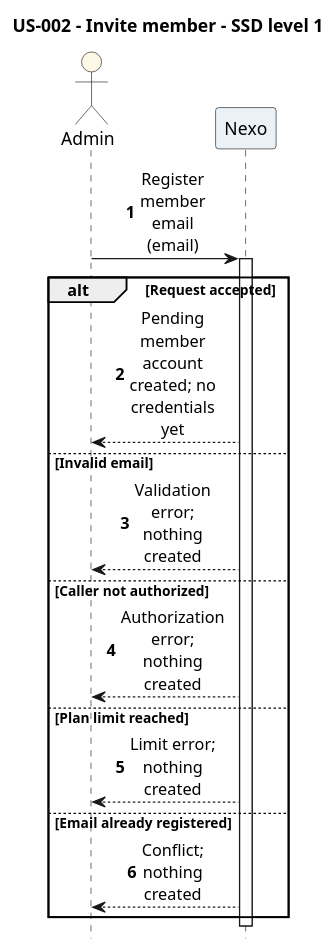
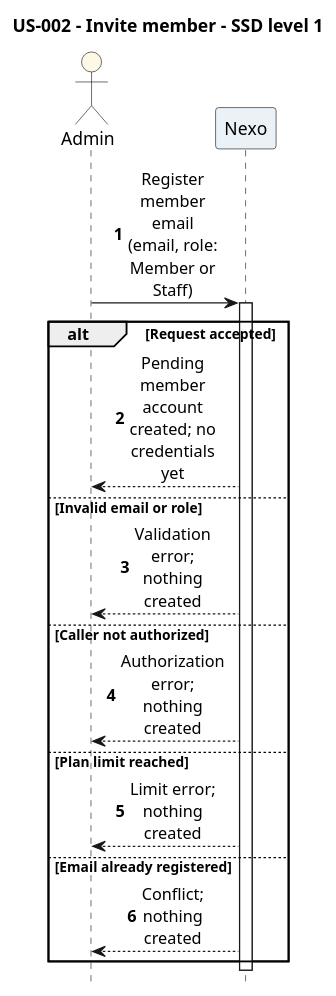
The diagram in docs/us/US-002/ssd/level-1/puml/US-002-level-1.puml (vscosousa/Nexo), drawn with PlantUML before and after one commit. The commit also changed 43 other files, not shown here.

First line of the commit message:
docs: US-004 implementation, staff role, and spaces split from resources

```diff
--- a/docs/us/US-002/ssd/level-1/puml/US-002-level-1.puml
+++ b/docs/us/US-002/ssd/level-1/puml/US-002-level-1.puml
@@ -1,29 +1,29 @@
 @startuml
 title US-002 - Invite member - SSD level 1
 hide footbox
 skinparam shadowing false
 skinparam sequenceMessageAlign center
 skinparam maxMessageSize 75
 skinparam ParticipantBackgroundColor #EAF2F8
 skinparam ActorBackgroundColor #FEF9E7
 skinparam NoteBackgroundColor #FFF8DC
 autonumber
 
 actor "Admin" as Admin
 participant "Nexo" as System
 
-Admin -> System: Register member email (email)
+Admin -> System: Register member email (email, role: Member or Staff)
 activate System
 alt Request accepted
     System --> Admin: Pending member account created; no credentials yet
-else Invalid email
+else Invalid email or role
     System --> Admin: Validation error; nothing created
 else Caller not authorized
     System --> Admin: Authorization error; nothing created
 else Plan limit reached
     System --> Admin: Limit error; nothing created
 else Email already registered
     System --> Admin: Conflict; nothing created
 end
 deactivate System
 @enduml
```
